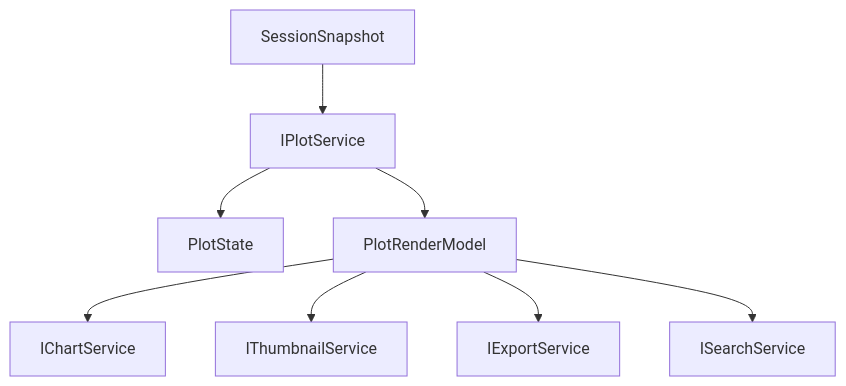
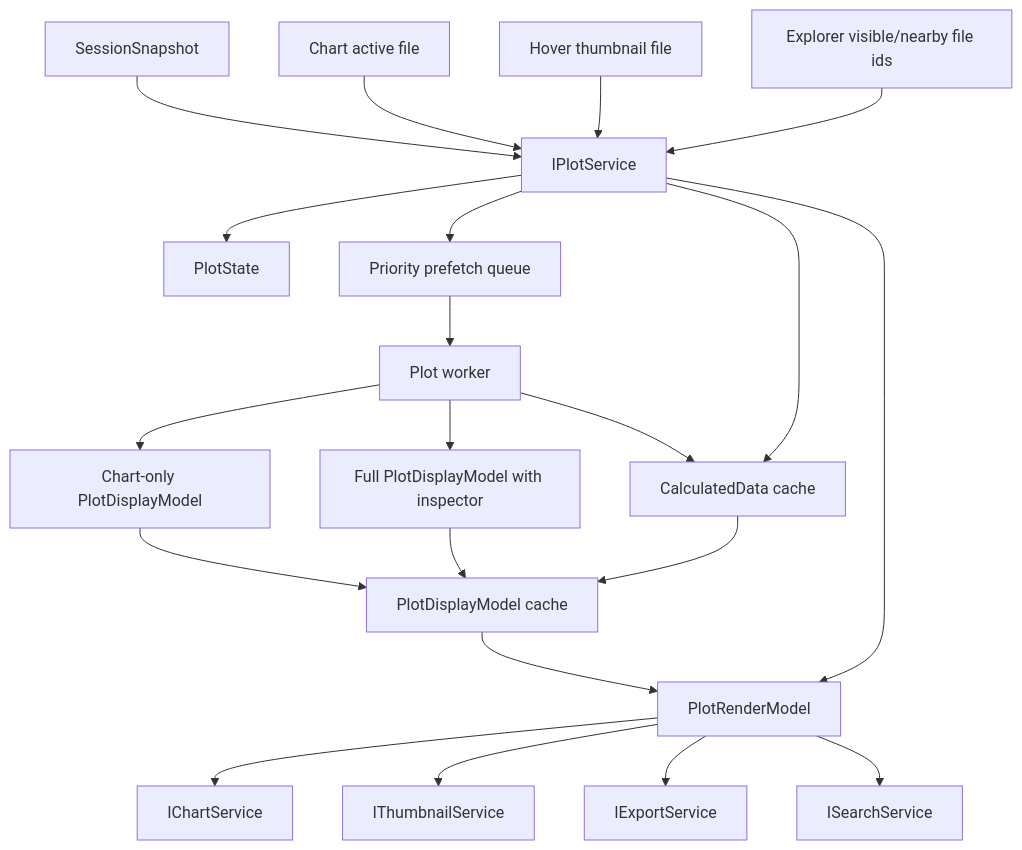
Before and after one commit to chogng/conductor: the diagram in .github/instructions/plot.instructions.md, drawn with Mermaid. The commit also changed other lines of this file and 42 other files, not shown here.

````diff
--- a/.github/instructions/plot.instructions.md
+++ b/.github/instructions/plot.instructions.md
@@ -55,10 +58,23 @@
 ```mermaid
 flowchart TD
     Session[SessionSnapshot] --> PlotService[IPlotService]
+    ChartActive[Chart active file] --> PlotService
+    HoverPreview[Hover thumbnail file] --> PlotService
+    ExplorerRange[Explorer visible/nearby file ids] --> PlotService
     PlotService --> State[PlotState]
+    PlotService --> Queue[Priority prefetch queue]
+    Queue --> Worker[Plot worker]
+    Worker --> Cache[CalculatedData cache]
+    Worker --> ChartDisplay[Chart-only PlotDisplayModel]
+    ChartDisplay --> DisplayCache[PlotDisplayModel cache]
+    Worker --> FullDisplay[Full PlotDisplayModel with inspector]
+    FullDisplay --> DisplayCache
+    PlotService --> Cache[CalculatedData cache]
+    Cache --> DisplayCache
+    DisplayCache --> Model[PlotRenderModel]
     PlotService --> Model[PlotRenderModel]
     Model --> Chart[IChartService]
     Model --> Thumbnail[IThumbnailService]
     Model --> Export[IExportService]
     Model --> Search[ISearchService]
 ```
````
